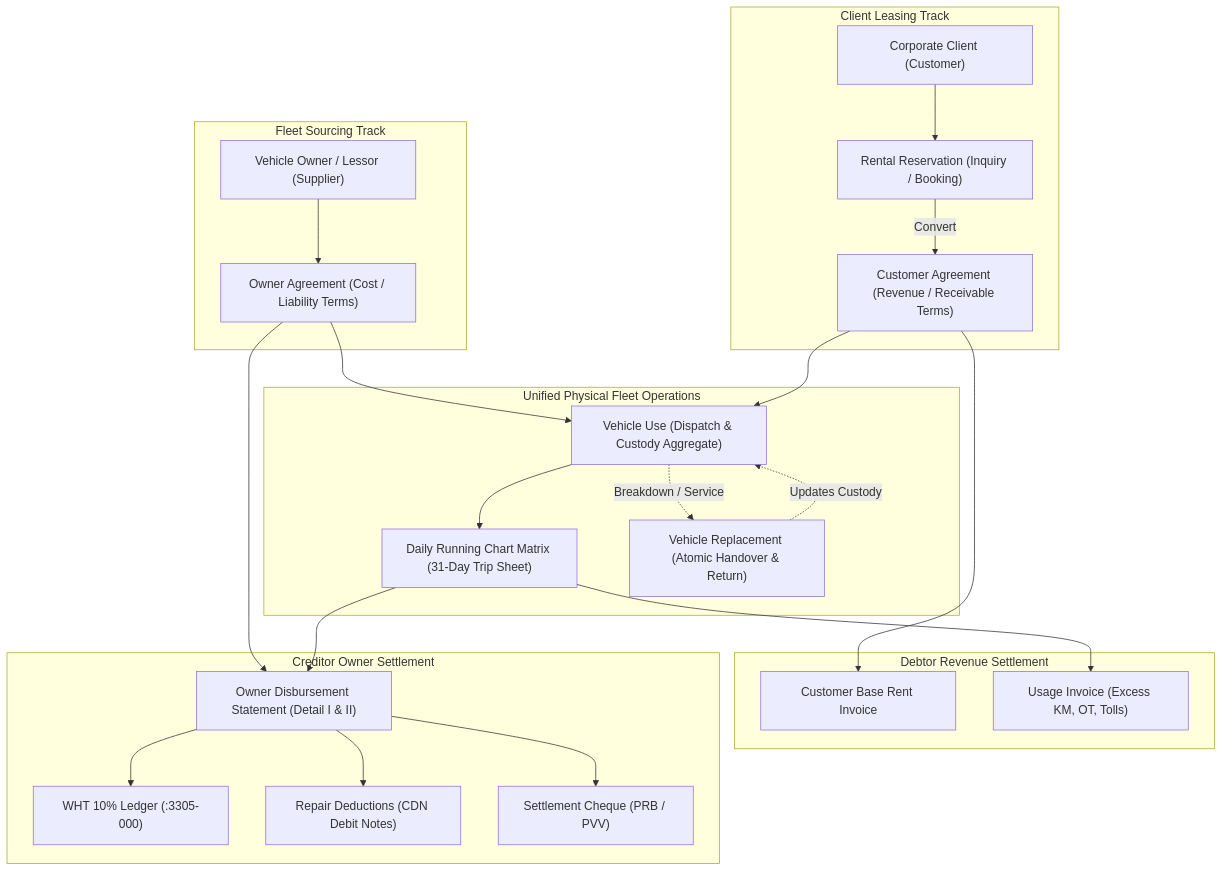
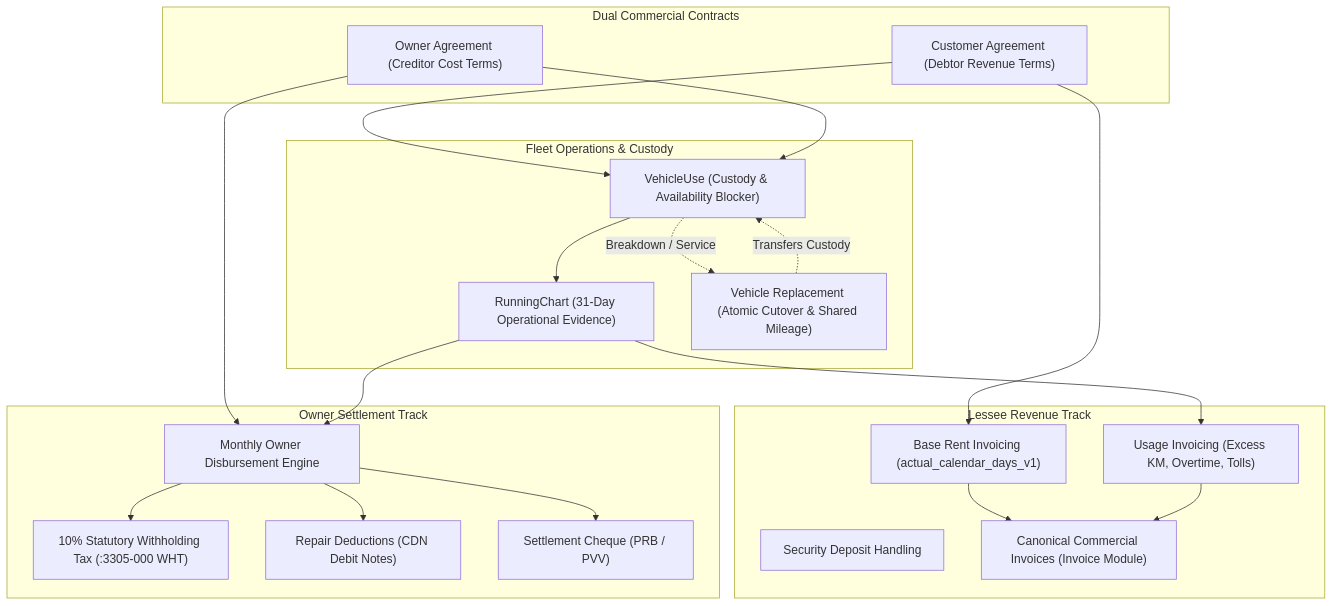
The second of 3 diagrams in docs/knowledgebase.md (kasunvimarshana/AutoERP), drawn with Mermaid before and after one commit. The commit also changed other lines of this file and 1 other file, not shown here.

````diff
--- a/docs/knowledgebase.md
+++ b/docs/knowledgebase.md
@@ -259,46 +453,40 @@
 ```mermaid
 flowchart TD
-    subgraph Sourcing["Fleet Sourcing Track"]
-        LESSOR["Vehicle Owner / Lessor (Supplier)"]
-        OA["Owner Agreement (Cost / Liability Terms)"]
-        LESSOR --> OA
+    subgraph Agreements["Dual Commercial Contracts"]
+        CA["Customer Agreement (Debtor Revenue Terms)"]
+        OA["Owner Agreement (Creditor Cost Terms)"]
     end
 
-    subgraph ClientTrack["Client Leasing Track"]
-        LESSEE["Corporate Client (Customer)"]
-        RES["Rental Reservation (Inquiry / Booking)"]
-        CA["Customer Agreement (Revenue / Receivable Terms)"]
-        LESSEE --> RES
-        RES -->|Convert| CA
+    subgraph Operations["Fleet Operations & Custody"]
+        VU["VehicleUse (Custody & Availability Blocker)"]
+        RC["RunningChart (31-Day Operational Evidence)"]
+        REP["Vehicle Replacement (Atomic Cutover & Shared Mileage)"]
+        CA --> VU
+        OA --> VU
+        VU --> RC
+        VU -.->|Breakdown / Service| REP
+        REP -.->|Transfers Custody| VU
     end
 
-    subgraph Operations["Unified Physical Fleet Operations"]
-        VU["Vehicle Use (Dispatch & Custody Aggregate)"]
-        RC["Daily Running Chart Matrix (31-Day Trip Sheet)"]
-        REP["Vehicle Replacement (Atomic Handover & Return)"]
-        OA --> VU
-        CA --> VU
-        VU --> RC
-        VU -.->|Breakdown / Service| REP
-        REP -.->|Updates Custody| VU
+    subgraph LesseeBilling["Lessee Revenue Track"]
+        BASE_CALC["Base Rent Invoicing (actual_calendar_days_v1)"]
+        USAGE_CALC["Usage Invoicing (Excess KM, Overtime, Tolls)"]
+        SEC_DEP["Security Deposit Handling"]
+        CA --> BASE_CALC
+        RC --> USAGE_CALC
+        BASE_CALC --> INV["Canonical Commercial Invoices (Invoice Module)"]
+        USAGE_CALC --> INV
     end
 
-    subgraph Billing["Debtor Revenue Settlement"]
-        BASE_INV["Customer Base Rent Invoice"]
-        USE_INV["Usage Invoice (Excess KM, OT, Tolls)"]
-        CA --> BASE_INV
-        RC --> USE_INV
-    end
-
-    subgraph Settlement["Creditor Owner Settlement"]
-        OWNER_VOUCH["Owner Disbursement Statement (Detail I & II)"]
-        WHT_LED["WHT 10% Ledger (:3305-000)"]
-        CDN_DED["Repair Deductions (CDN Debit Notes)"]
+    subgraph OwnerSettlement["Owner Settlement Track"]
+        SETTLE_ENG["Monthly Owner Disbursement Engine"]
+        WHT["10% Statutory Withholding Tax (:3305-000 WHT)"]
+        CDN["Repair Deductions (CDN Debit Notes)"]
         CHEQUE["Settlement Cheque (PRB / PVV)"]
-        OA --> OWNER_VOUCH
-        RC --> OWNER_VOUCH
-        OWNER_VOUCH --> WHT_LED
-        OWNER_VOUCH --> CDN_DED
-        OWNER_VOUCH --> CHEQUE
+        OA --> SETTLE_ENG
+        RC --> SETTLE_ENG
+        SETTLE_ENG --> WHT
+        SETTLE_ENG --> CDN
+        SETTLE_ENG --> CHEQUE
     end
 ```
````
